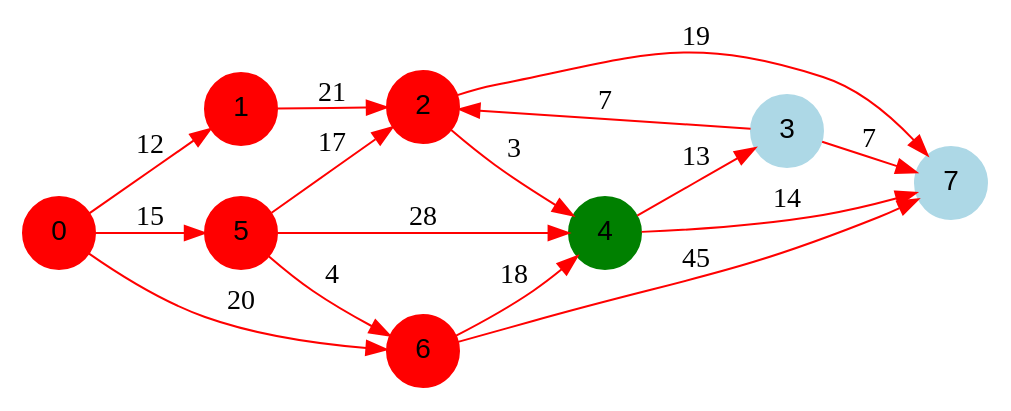
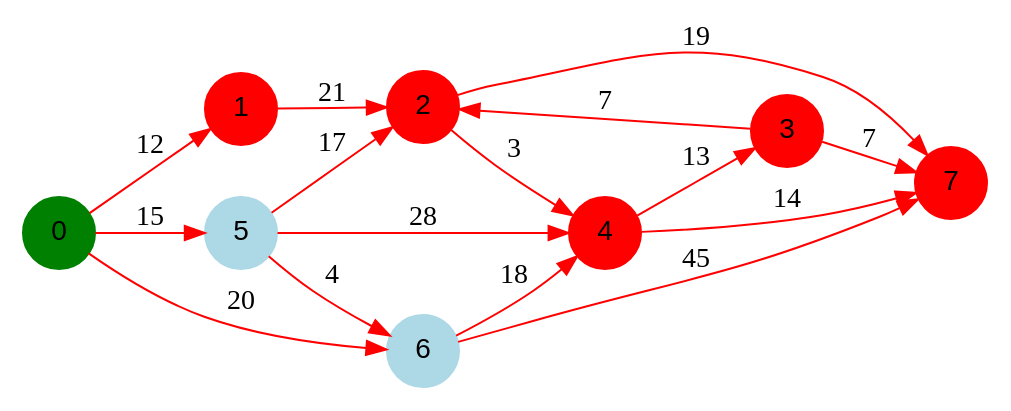
Before and after one commit to benech17/Shortest-Path: the diagram in programme1/output/dotFiles/graph1/graph1_5.dot, drawn with Graphviz. The commit also changed 19 other files, not shown here.

```diff
--- a/programme1/output/dotFiles/graph1/graph1_5.dot
+++ b/programme1/output/dotFiles/graph1/graph1_5.dot
@@ -1,27 +1,27 @@
 digraph graphe {
 rankdir = LR;
 edge [color=red];
-0 [fontname="Arial", shape = circle, color=red, style=filled];
+0 [fontname="Arial", shape = circle, color=green, style=filled];
 1 [fontname="Arial", shape = circle, color=red, style=filled];
 2 [fontname="Arial", shape = circle, color=red, style=filled];
-3 [fontname="Arial", shape = circle, color=lightblue, style=filled];
-4 [fontname="Arial", shape = circle, color=green, style=filled];
-5 [fontname="Arial", shape = circle, color=red, style=filled];
-6 [fontname="Arial", shape = circle, color=red, style=filled];
-7 [fontname="Arial", shape = circle, color=lightblue, style=filled];
+3 [fontname="Arial", shape = circle, color=red, style=filled];
+4 [fontname="Arial", shape = circle, color=red, style=filled];
+5 [fontname="Arial", shape = circle, color=lightblue, style=filled];
+6 [fontname="Arial", shape = circle, color=lightblue, style=filled];
+7 [fontname="Arial", shape = circle, color=red, style=filled];
 	0 -> 1 [label = "12"];
 	0 -> 5 [label = "15"];
 	0 -> 6 [label = "20"];
 	1 -> 2 [label = "21"];
 	2 -> 4 [label = "3"];
 	2 -> 7 [label = "19"];
 	3 -> 2 [label = "7"];
 	3 -> 7 [label = "7"];
 	4 -> 3 [label = "13"];
 	4 -> 7 [label = "14"];
 	5 -> 2 [label = "17"];
 	5 -> 4 [label = "28"];
 	5 -> 6 [label = "4"];
 	6 -> 4 [label = "18"];
 	6 -> 7 [label = "45"];
 }
```
